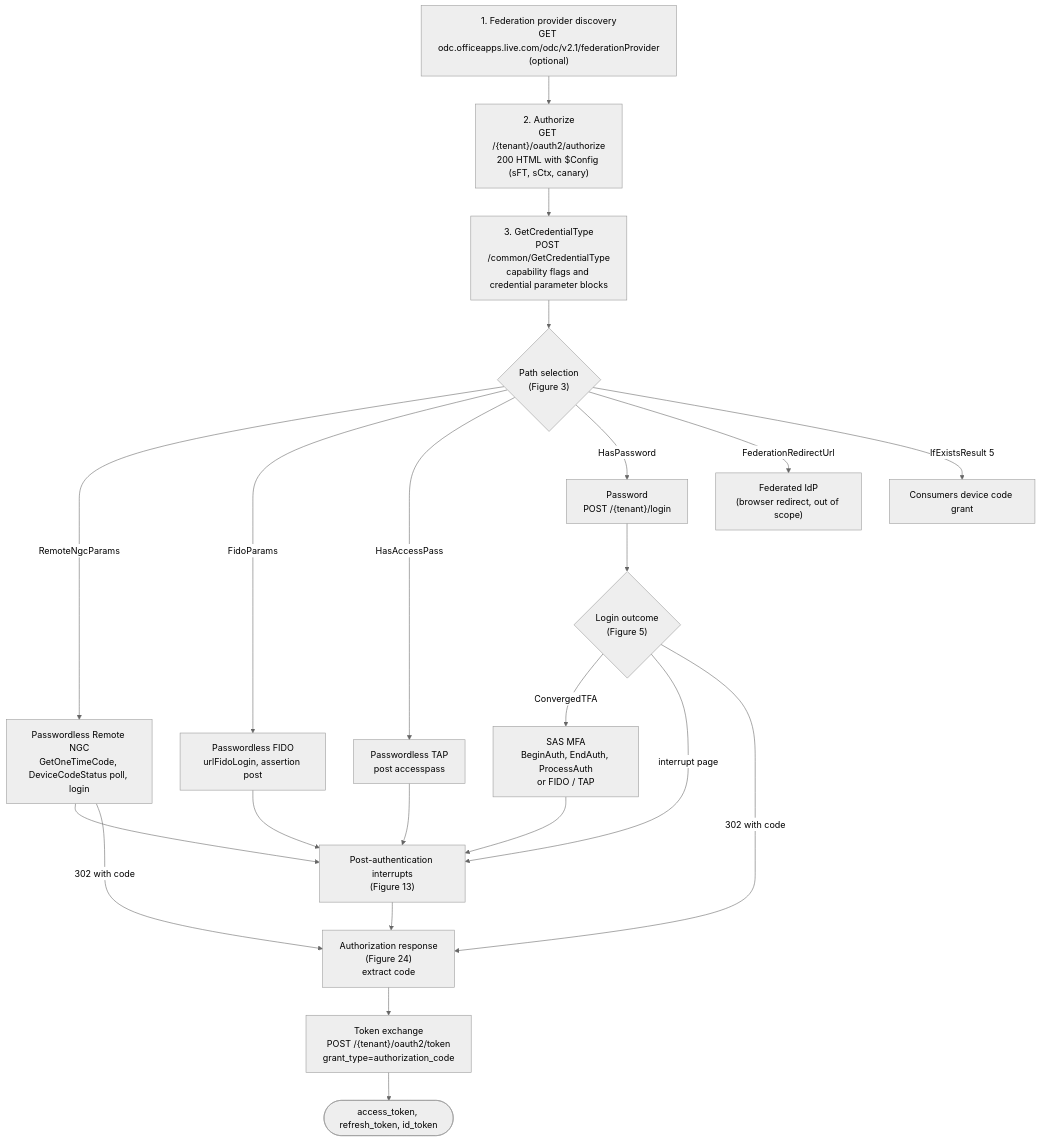
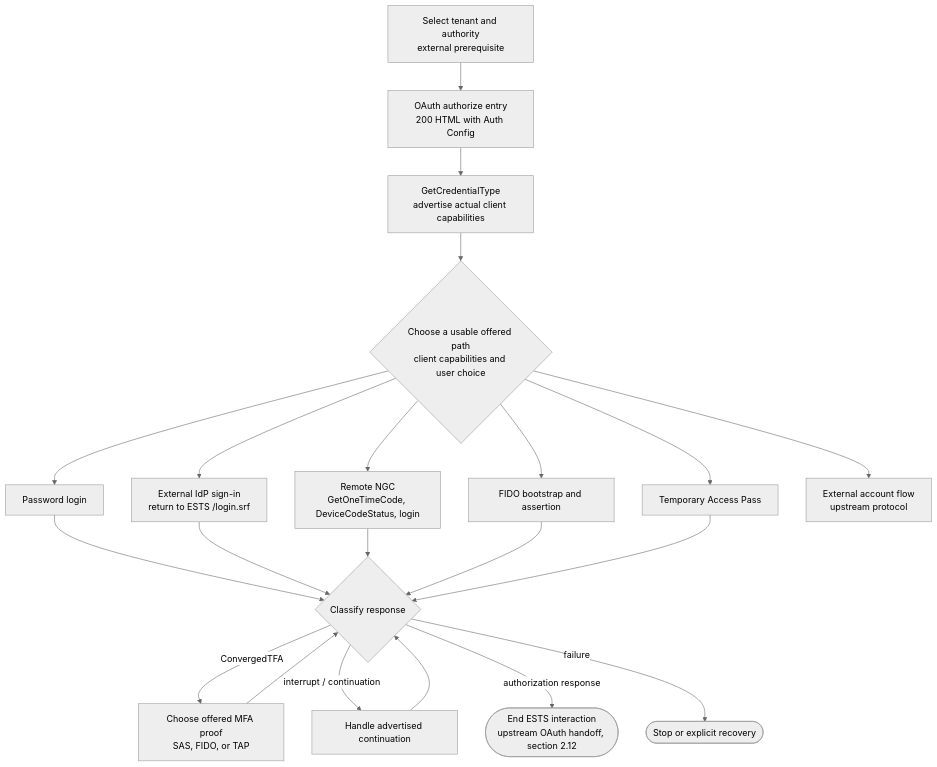
One commit to himmelblau-idm/ests_spec changed the diagram in figures/src/fig-01-overview.mmd. Above: the diagram before and after it, drawn with Mermaid (neutral theme). The commit also changed 29 other files, not shown here.

Commit message:
Correct eSTS MFA behavior and delegate upstream protocol details

```diff
--- a/figures/src/fig-01-overview.mmd
+++ b/figures/src/fig-01-overview.mmd
@@ -1,22 +1,21 @@
 flowchart TB
-  A["1. Federation provider discovery<br/>GET odc.officeapps.live.com/odc/v2.1/federationProvider<br/>(optional)"] --> B
-  B["2. Authorize<br/>GET /{tenant}/oauth2/authorize<br/>200 HTML with $Config (sFT, sCtx, canary)"] --> C
-  C["3. GetCredentialType<br/>POST /common/GetCredentialType<br/>capability flags and credential parameter blocks"] --> D{"Path selection<br/>(Figure 3)"}
-  D -->|"RemoteNgcParams"| P1["Passwordless Remote NGC<br/>GetOneTimeCode, DeviceCodeStatus poll, login"]
-  D -->|"FidoParams"| P2["Passwordless FIDO<br/>urlFidoLogin, assertion post"]
-  D -->|"HasAccessPass"| P3["Passwordless TAP<br/>post accesspass"]
-  D -->|"HasPassword"| P4["Password<br/>POST /{tenant}/login"]
-  D -->|"FederationRedirectUrl"| P5["Federated IdP<br/>(browser redirect, out of scope)"]
-  D -->|"IfExistsResult 5"| P6["Consumers device code grant"]
-  P4 --> E{"Login outcome<br/>(Figure 5)"}
-  E -->|"ConvergedTFA"| M["SAS MFA<br/>BeginAuth, EndAuth, ProcessAuth<br/>or FIDO / TAP"]
-  E -->|"interrupt page"| I["Post-authentication interrupts<br/>(Figure 13)"]
-  E -->|"302 with code"| T
-  P1 --> I
-  P2 --> I
-  P3 --> I
-  M --> I
-  I --> T["Authorization response<br/>(Figure 24)<br/>extract code"]
-  P1 -->|"302 with code"| T
-  T --> TK["Token exchange<br/>POST /{tenant}/oauth2/token<br/>grant_type=authorization_code"]
-  TK --> OUT(["access_token, refresh_token, id_token"])
+ A["Select tenant and authority<br/>external prerequisite"] --> B["OAuth authorize entry<br/>200 HTML with Auth Config"]
+ B --> C["GetCredentialType<br/>advertise actual client capabilities"]
+ C --> D{"Choose a usable offered path<br/>client capabilities and user choice"}
+ D --> N["Remote NGC<br/>GetOneTimeCode, DeviceCodeStatus, login"]
+ D --> F["FIDO bootstrap and assertion"]
+ D --> T["Temporary Access Pass"]
+ D --> P["Password login"]
+ D --> I["External IdP sign-in<br/>return to ESTS /login.srf"]
+ D --> X["External account flow<br/>upstream protocol"]
+ P --> R{"Classify response"}
+ I --> R
+ N --> R
+ F --> R
+ T --> R
+ R -->|"ConvergedTFA"| M["Choose offered MFA proof<br/>SAS, FIDO, or TAP"]
+ M --> R
+ R -->|"interrupt / continuation"| H["Handle advertised continuation"]
+ H --> R
+ R -->|"authorization response"| O(["End ESTS interaction<br/>upstream OAuth handoff, section 2.12"])
+ R -->|"failure"| E(["Stop or explicit recovery"])
```
